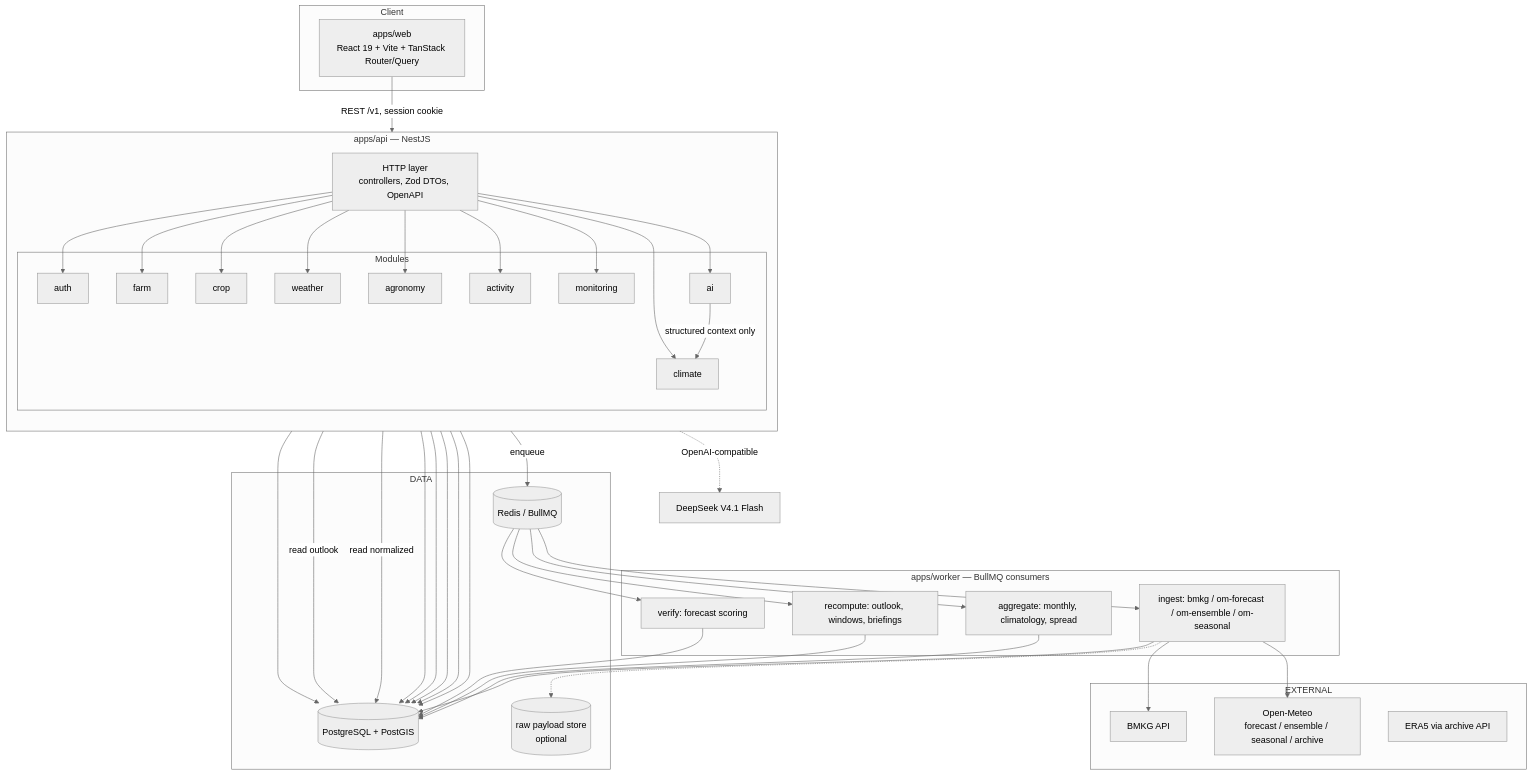
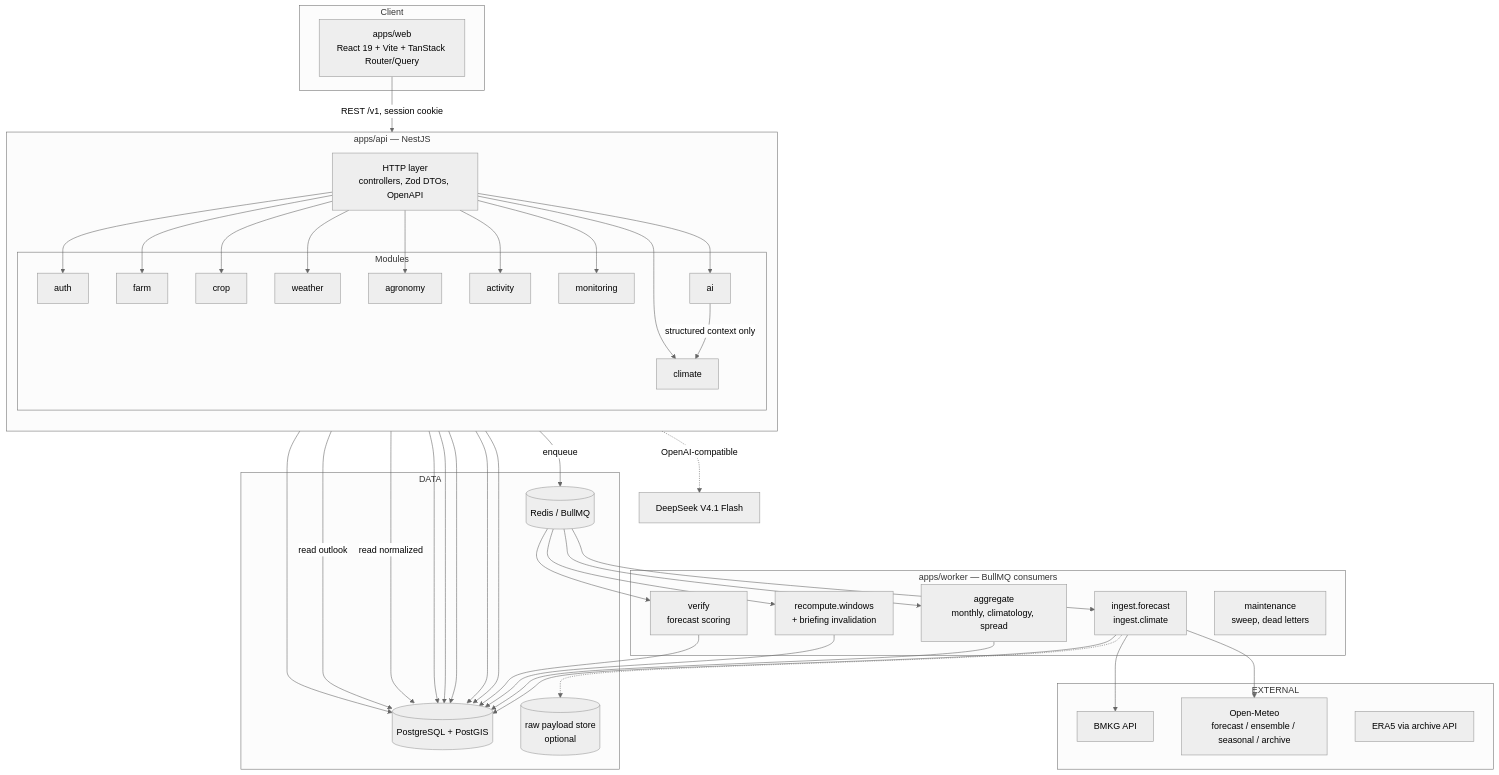
Before and after one commit to Akihira77/AgroclimatePlanner: the diagram in docs/architecture/system-architecture.md, drawn with Mermaid (neutral theme). The commit also changed other lines of this file and 5 other files, not shown here.

````diff
--- a/docs/architecture/system-architecture.md
+++ b/docs/architecture/system-architecture.md
@@ -9,62 +9,63 @@
 ```mermaid
 flowchart TB
   subgraph Client
     WEB["apps/web<br/>React 19 + Vite + TanStack Router/Query"]
   end
 
   subgraph API["apps/api — NestJS"]
     direction TB
     HTTP["HTTP layer<br/>controllers, Zod DTOs, OpenAPI"]
     subgraph Modules
       AUTH[auth]
       FARM[farm]
       CROP[crop]
       WX[weather]
       CLI[climate]
       AGR[agronomy]
       ACT[activity]
       MON[monitoring]
       AI[ai]
     end
     HTTP --> AUTH & FARM & CROP & WX & CLI & AGR & ACT & MON & AI
   end
 
   subgraph WORKER["apps/worker — BullMQ consumers"]
-    ING[ingest: bmkg / om-forecast / om-ensemble / om-seasonal]
-    AGG[aggregate: monthly, climatology, spread]
-    ENG[recompute: outlook, windows, briefings]
-    VER[verify: forecast scoring]
+    ING["ingest.forecast<br/>ingest.climate"]
+    AGG["aggregate<br/>monthly, climatology, spread"]
+    ENG["recompute.windows<br/>+ briefing invalidation"]
+    VER["verify<br/>forecast scoring"]
+    MNT["maintenance<br/>sweep, dead letters"]
   end
 
   subgraph DATA
     PG[("PostgreSQL + PostGIS")]
     RD[("Redis / BullMQ")]
     S3[("raw payload store<br/>optional")]
   end
 
   subgraph EXTERNAL
     BMKG[BMKG API]
     OM[Open-Meteo<br/>forecast / ensemble / seasonal / archive]
     ERA[ERA5 via archive API]
   end
 
   WEB -->|"REST /v1, session cookie"| HTTP
   AUTH --> PG
   FARM --> PG
   CROP --> PG
   AGR --> PG
   ACT --> PG
   WX -->|"read normalized"| PG
   CLI -->|"read outlook"| PG
   MON --> PG
   AI -->|"structured context only"| CLI
   AI -.->|"OpenAI-compatible"| LLM[DeepSeek V4.1 Flash]
   HTTP -->|"enqueue"| RD
   RD --> ING & AGG & ENG & VER
   ING --> BMKG & OM
   ING --> PG
   ING -.-> S3
   AGG --> PG
   ENG --> PG
   VER --> PG
 ```
````
